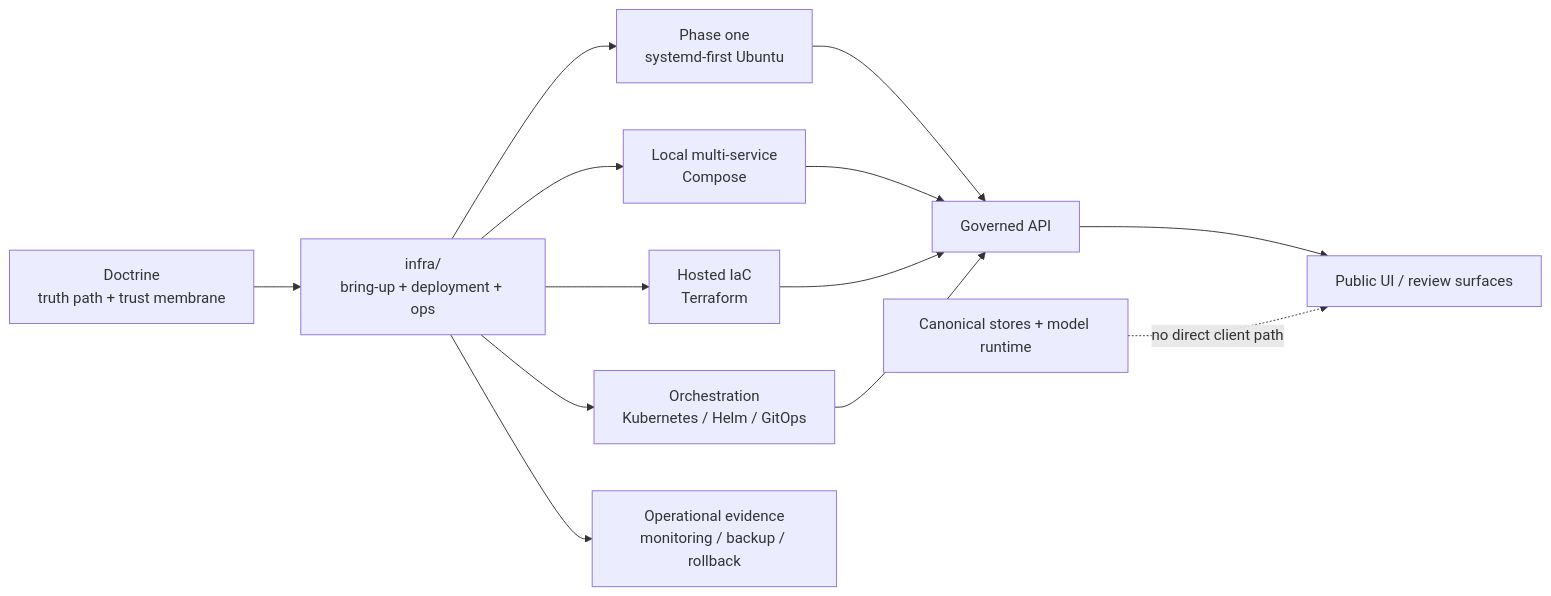
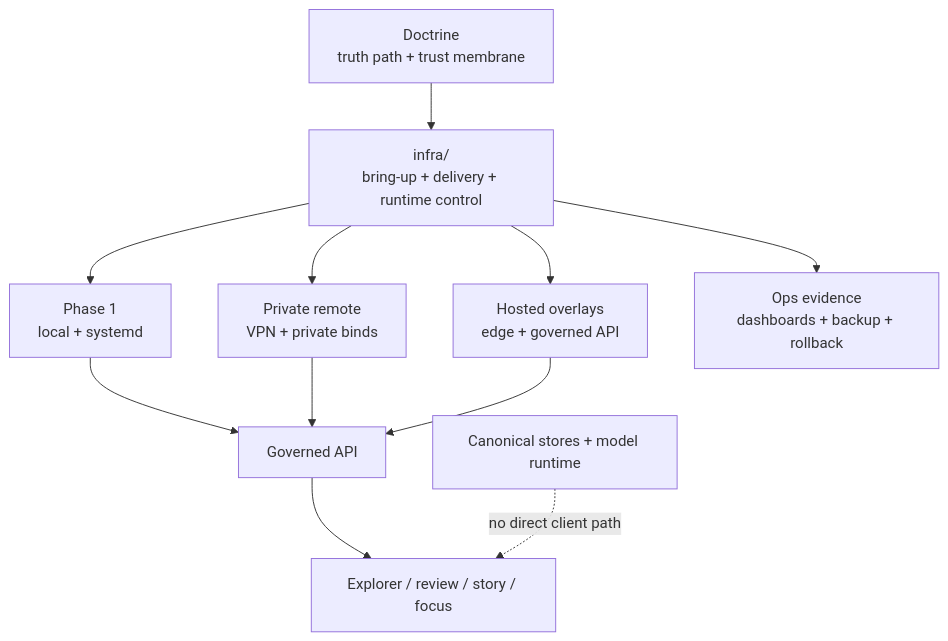
The diagram in infra/README.md (bartytime4life/Kansas-Frontier-Matrix), drawn with Mermaid before and after one commit. The commit also changed other lines of this file, not shown here.

First line of the commit message:
Refine infra README for clarity and accuracy

````diff
--- a/infra/README.md
+++ b/infra/README.md
@@ -246,18 +267,16 @@
 ```mermaid
-flowchart LR
-    A[Doctrine<br/>truth path + trust membrane] --> B[infra/<br/>bring-up + deployment + ops]
+flowchart TB
+    A[Doctrine<br/>truth path + trust membrane] --> B[infra/<br/>bring-up + delivery + runtime control]
 
-    B --> C1[Phase one<br/>systemd-first Ubuntu]
-    B --> C2[Local multi-service<br/>Compose]
-    B --> C3[Hosted IaC<br/>Terraform]
-    B --> C4[Orchestration<br/>Kubernetes / Helm / GitOps]
-    B --> C5[Operational evidence<br/>monitoring / backup / rollback]
+    B --> C1[Phase 1<br/>local + systemd]
+    B --> C2[Private remote<br/>VPN + private binds]
+    B --> C3[Hosted overlays<br/>edge + governed API]
+    B --> C4[Ops evidence<br/>dashboards + backup + rollback]
 
     C1 --> D[Governed API]
     C2 --> D
     C3 --> D
-    C4 --> D
 
-    D --> E[Public UI / review surfaces]
+    D --> E[Explorer / review / story / focus]
     X[Canonical stores + model runtime] -. no direct client path .-> E
 ```
````
